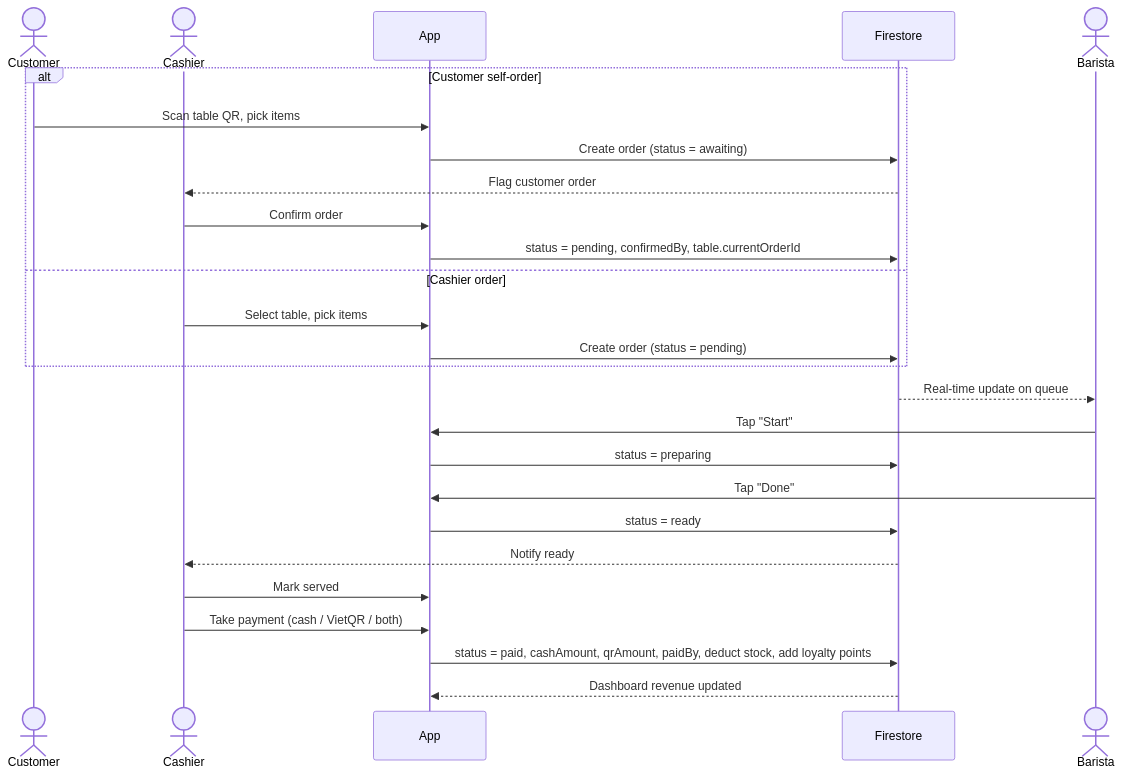
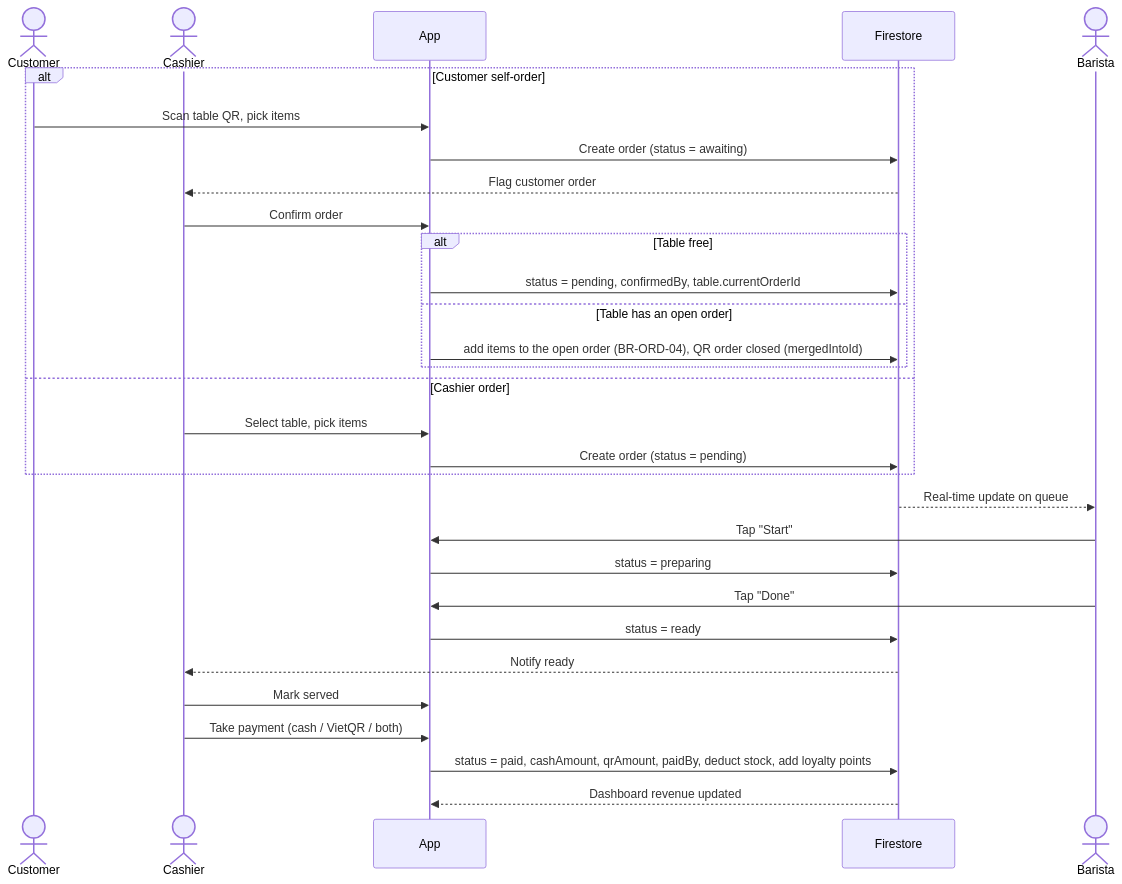
The first of 4 diagrams in docs/product-brief.md (huytran303/CafeManagementSystem), drawn with Mermaid before and after one commit. The commit also changed other lines of this file and 87 other files, not shown here.

First line of the commit message:
docs: allow add-on items to an open table order

````diff
--- a/docs/product-brief.md
+++ b/docs/product-brief.md
@@ -120,29 +120,33 @@
 ```mermaid
 sequenceDiagram
     actor C as Customer
     actor CS as Cashier
     participant APP as App
     participant DB as Firestore
     actor B as Barista
 
     alt Customer self-order
         C->>APP: Scan table QR, pick items
         APP->>DB: Create order (status = awaiting)
         DB-->>CS: Flag customer order
         CS->>APP: Confirm order
-        APP->>DB: status = pending, confirmedBy, table.currentOrderId
+        alt Table free
+            APP->>DB: status = pending, confirmedBy, table.currentOrderId
+        else Table has an open order
+            APP->>DB: add items to the open order (BR-ORD-04), QR order closed (mergedIntoId)
+        end
     else Cashier order
         CS->>APP: Select table, pick items
         APP->>DB: Create order (status = pending)
     end
     DB-->>B: Real-time update on queue
     B->>APP: Tap "Start"
     APP->>DB: status = preparing
     B->>APP: Tap "Done"
     APP->>DB: status = ready
     DB-->>CS: Notify ready
     CS->>APP: Mark served
     CS->>APP: Take payment (cash / VietQR / both)
     APP->>DB: status = paid, cashAmount, qrAmount, paidBy, deduct stock, add loyalty points
     DB-->>APP: Dashboard revenue updated
 ```
````
